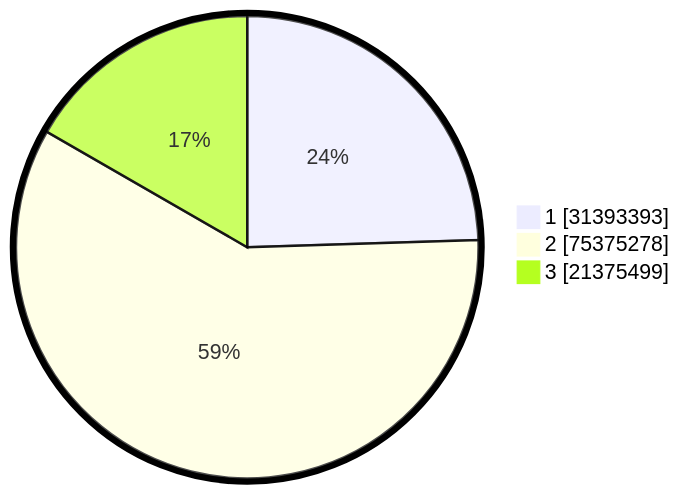
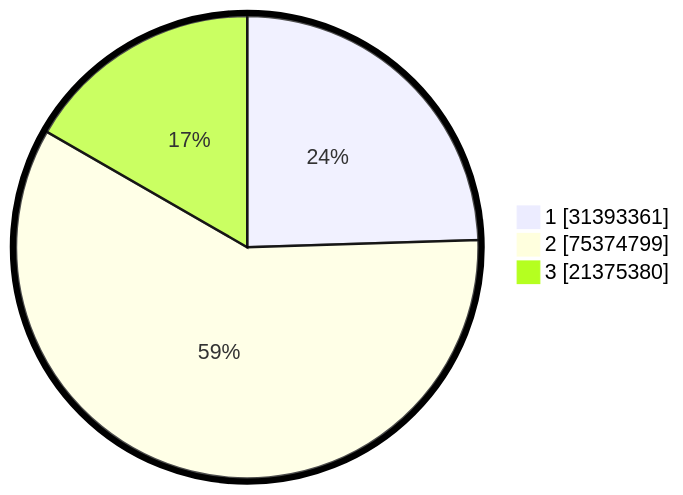
The second of 2 diagrams in pilpres/hitung-suara/README.md (gigit-pemilu/pemilu-2024), drawn with Mermaid before and after one commit. The commit also changed other lines of this file and 7 other files, not shown here.

````diff
--- a/pilpres/hitung-suara/README.md
+++ b/pilpres/hitung-suara/README.md
@@ -93,7 +93,7 @@
 ```mermaid
 %%{init: {"pie": {"textPosition": 0.5}, "themeVariables": {"pieOuterStrokeWidth": "5px"}} }%%
 pie showData
-    "1" : 31393393
-    "2" : 75375278
-    "3" : 21375499
+    "1" : 31393361
+    "2" : 75374799
+    "3" : 21375380
 ```
````
